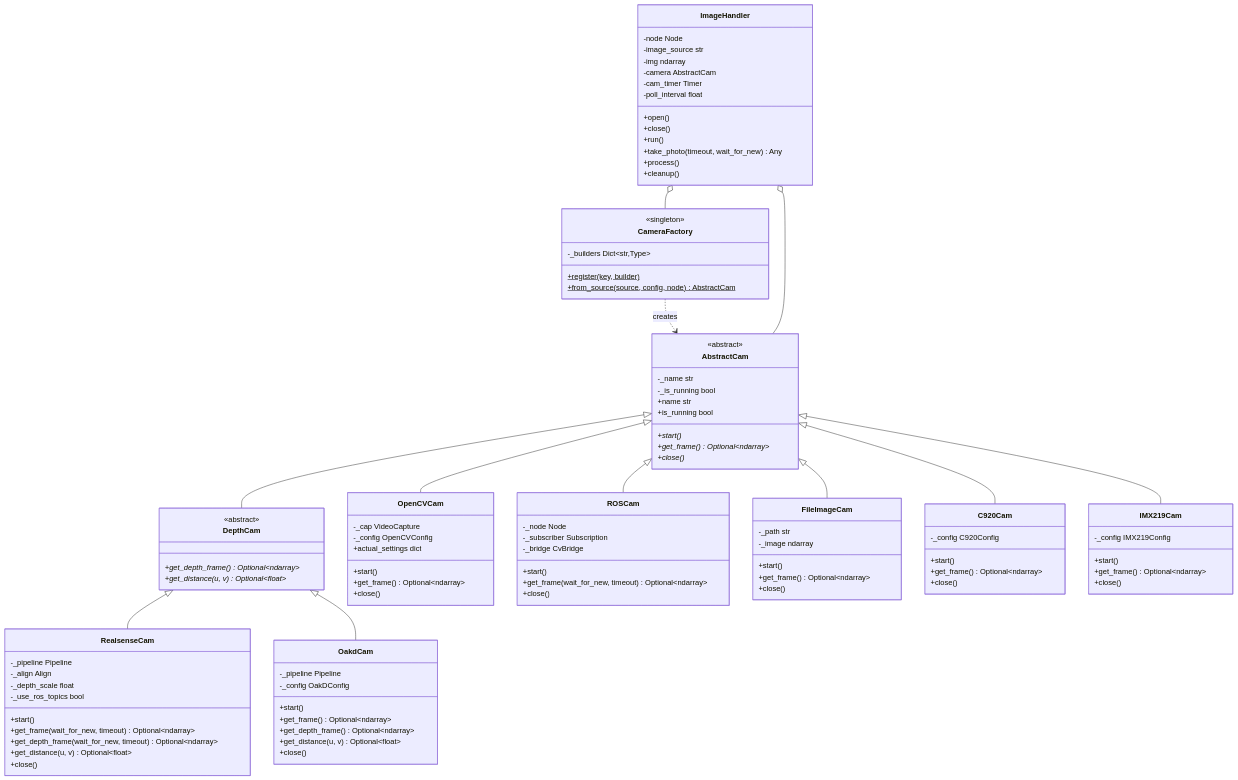
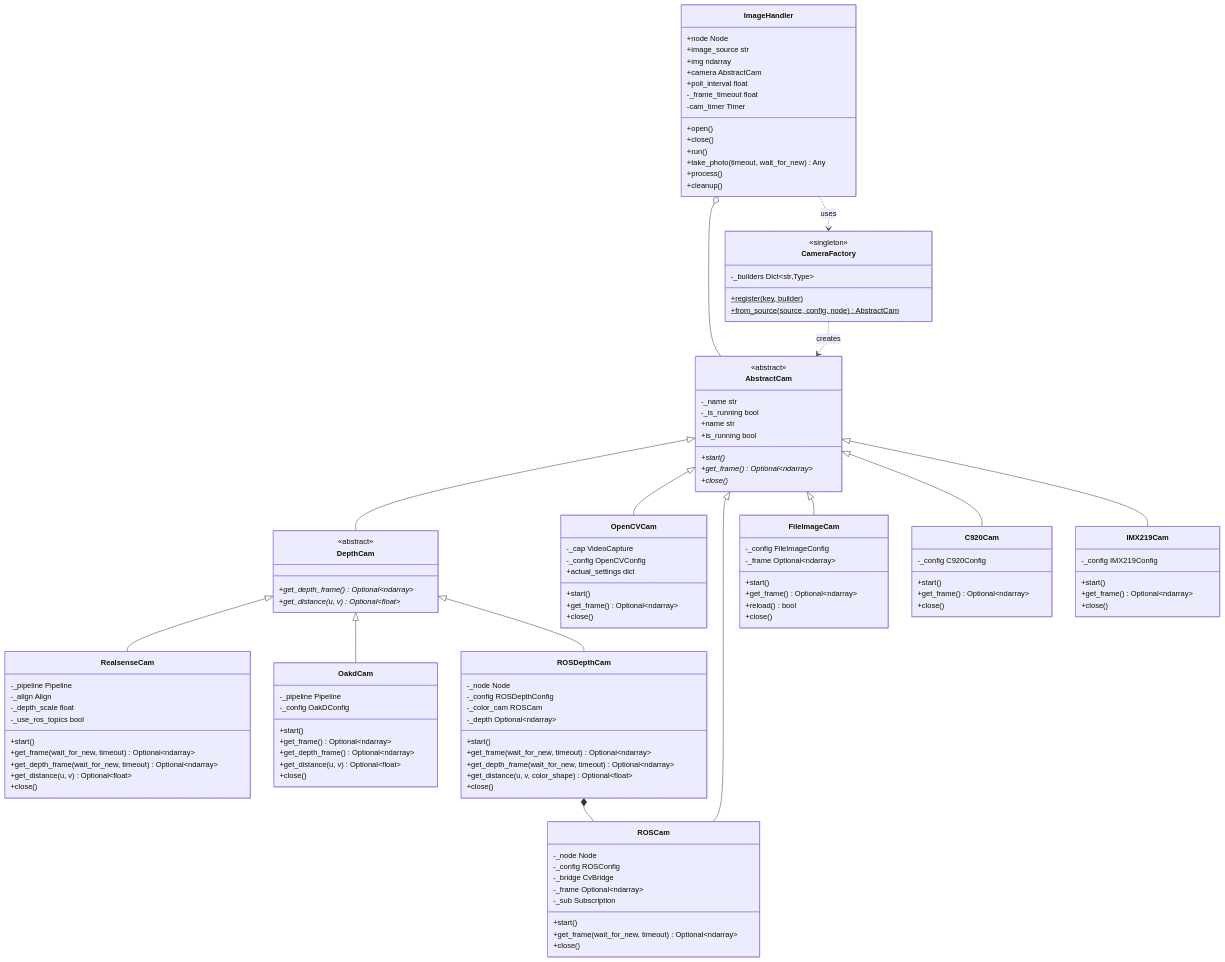
The first of 6 diagrams in nectar/nectar/vision/README.md (Black-Bee-Drones/nectar-sdk), drawn with Mermaid before and after one commit. The commit also changed other lines of this file, not shown here.

Commit message:
feat: update vision class diagrams

````diff
--- a/nectar/nectar/vision/README.md
+++ b/nectar/nectar/vision/README.md
@@ -77,18 +77,33 @@
 
     class ROSCam {
         -_node Node
-        -_subscriber Subscription
+        -_config ROSConfig
         -_bridge CvBridge
+        -_frame Optional~ndarray~
+        -_sub Subscription
         +start()
         +get_frame(wait_for_new, timeout) Optional~ndarray~
         +close()
     }
 
+    class ROSDepthCam {
+        -_node Node
+        -_config ROSDepthConfig
+        -_color_cam ROSCam
+        -_depth Optional~ndarray~
+        +start()
+        +get_frame(wait_for_new, timeout) Optional~ndarray~
+        +get_depth_frame(wait_for_new, timeout) Optional~ndarray~
+        +get_distance(u, v, color_shape) Optional~float~
+        +close()
+    }
+
     class FileImageCam {
-        -_path str
-        -_image ndarray
+        -_config FileImageConfig
+        -_frame Optional~ndarray~
         +start()
         +get_frame() Optional~ndarray~
+        +reload() bool
         +close()
     }
 
@@ -107,12 +122,13 @@
     }
 
     class ImageHandler {
-        -node Node
-        -image_source str
-        -img ndarray
-        -camera AbstractCam
+        +node Node
+        +image_source str
+        +img ndarray
+        +camera AbstractCam
+        +poll_interval float
+        -_frame_timeout float
         -cam_timer Timer
-        -poll_interval float
         +open()
         +close()
         +run()
@@ -129,7 +145,9 @@
     AbstractCam <|-- IMX219Cam
     DepthCam <|-- RealsenseCam
     DepthCam <|-- OakdCam
+    DepthCam <|-- ROSDepthCam
+    ROSDepthCam *-- ROSCam
     CameraFactory ..> AbstractCam : creates
     ImageHandler o-- AbstractCam
-    ImageHandler o-- CameraFactory
+    ImageHandler ..> CameraFactory : uses
 ```
````
